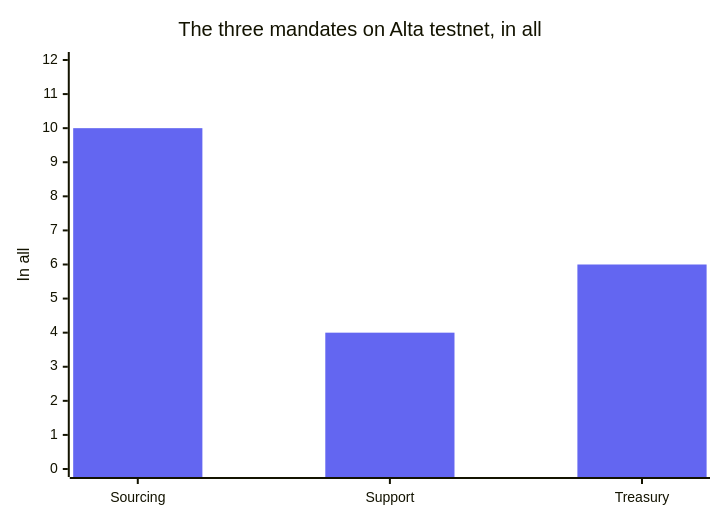
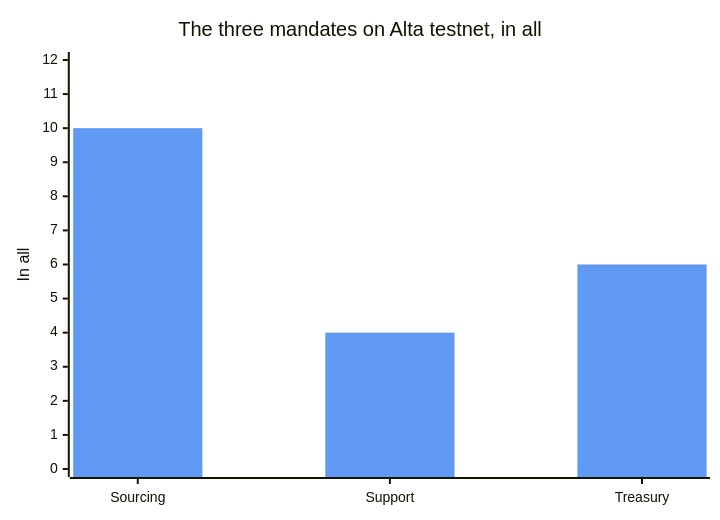
The second of 2 diagrams in docs/kit11.md (agamemnon-coder/x402-business-agents), drawn with Mermaid before and after one commit. The commit also changed other lines of this file and 184 other files, not shown here.

````diff
--- a/docs/kit11.md
+++ b/docs/kit11.md
@@ -34,8 +34,8 @@
 ```mermaid
-%%{init: {"themeVariables": {"xyChart": {"plotColorPalette": "#6366f1"}}}}%%
+%%{init: {"themeVariables": {"xyChart": {"plotColorPalette": "#6099f4"}}}}%%
 xychart-beta
   title "The three mandates on Alta testnet, in all"
   x-axis ["Sourcing", "Support", "Treasury"]
   y-axis "In all" 0 --> 12
   bar [10, 4, 6]
 ```
````
